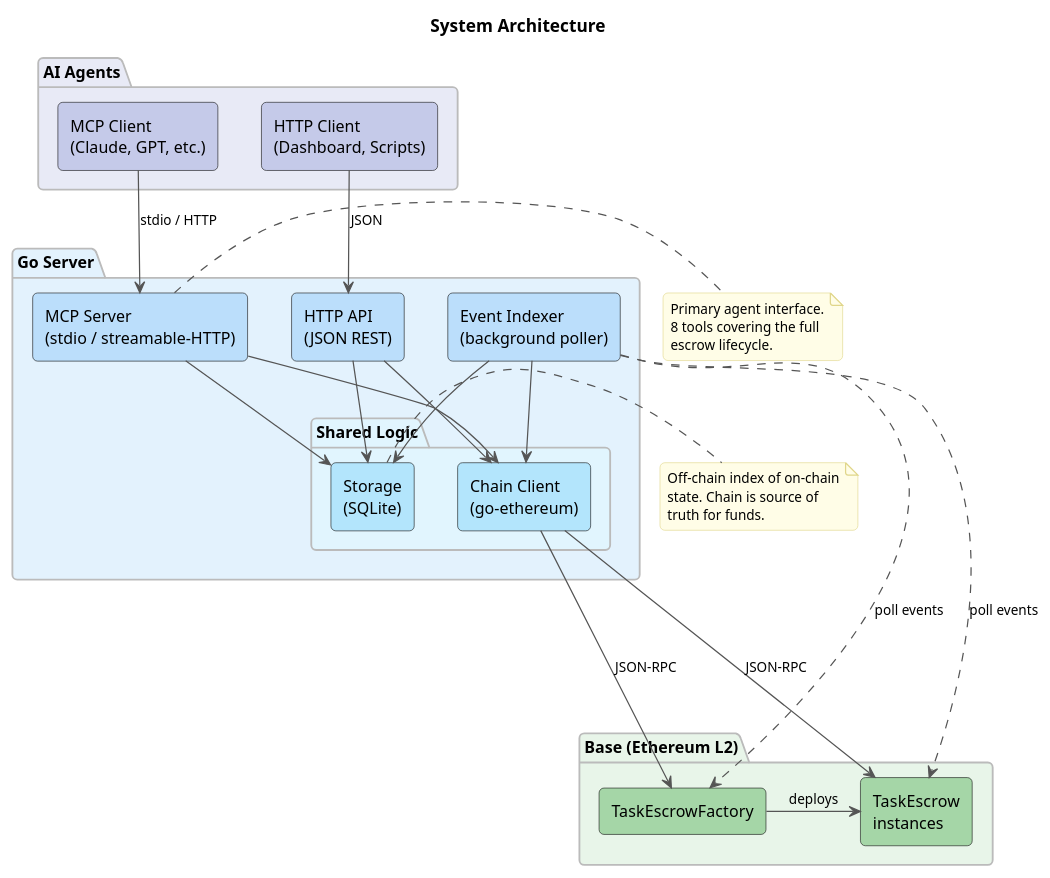
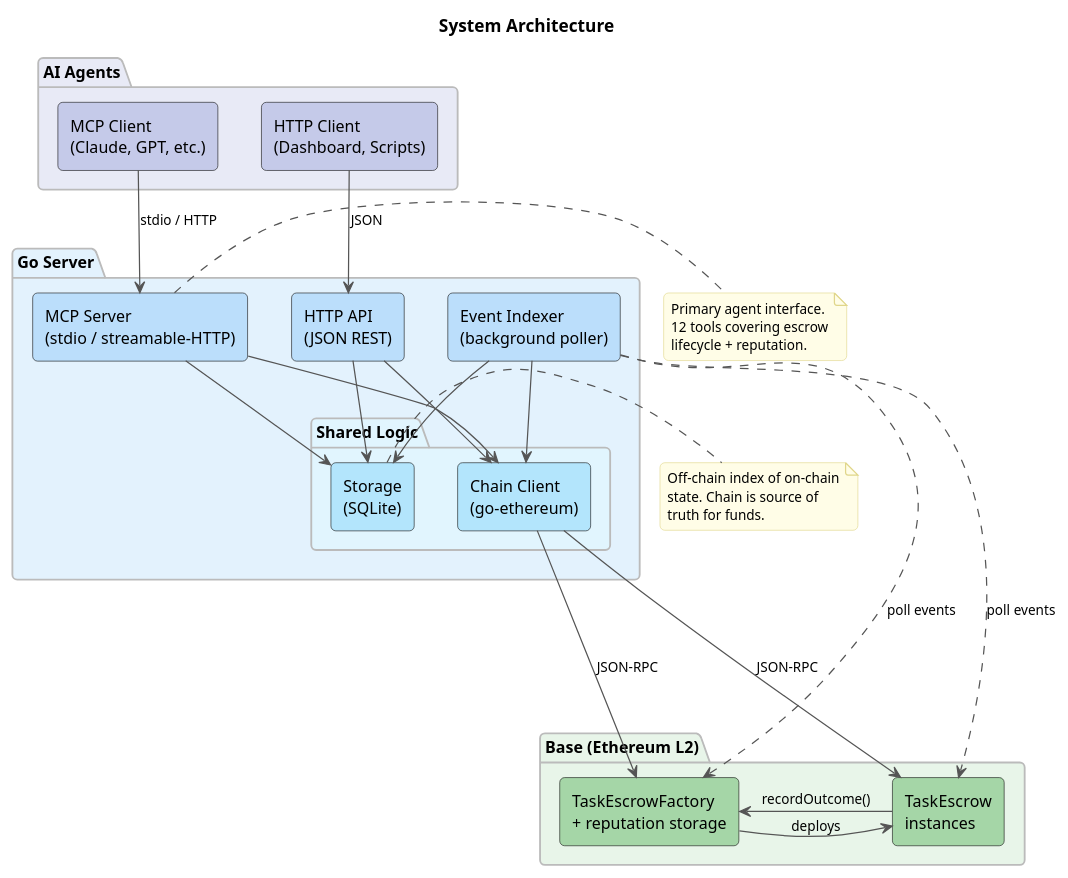
One commit to eddiefleurent/agent-escrow changed the diagram in docs/diagrams/architecture.puml. Above: the diagram before and after it, drawn with PlantUML. The commit also changed 17 other files, not shown here.

```diff
--- a/docs/diagrams/architecture.puml
+++ b/docs/diagrams/architecture.puml
@@ -1,73 +1,74 @@
 @startuml architecture
 skinparam backgroundColor #FFFFFF
 skinparam componentStyle rectangle
 skinparam defaultFontName "Helvetica"
 skinparam defaultFontSize 13
 skinparam shadowing false
 skinparam roundCorner 8
 skinparam ArrowColor #555555
 skinparam ArrowFontSize 11
 
 skinparam package {
   BorderColor #BBBBBB
   FontStyle bold
 }
 
 skinparam note {
   BackgroundColor #FFFDE7
   BorderColor #E0D68A
   FontSize 11
 }
 
 title System Architecture
 
 package "AI Agents" as agents #E8EAF6 {
   [MCP Client\n(Claude, GPT, etc.)] as mcp_client #C5CAE9
   [HTTP Client\n(Dashboard, Scripts)] as http_client #C5CAE9
 }
 
 package "Go Server" as server #E3F2FD {
   [MCP Server\n(stdio / streamable-HTTP)] as mcp_server #BBDEFB
   [HTTP API\n(JSON REST)] as http_api #BBDEFB
   [Event Indexer\n(background poller)] as indexer #BBDEFB
 
   package "Shared Logic" as shared #E1F5FE {
     [Chain Client\n(go-ethereum)] as chain_client #B3E5FC
     [Storage\n(SQLite)] as storage #B3E5FC
   }
 
   mcp_server -down-> chain_client
   mcp_server -down-> storage
   http_api -down-> chain_client
   http_api -down-> storage
   indexer -down-> chain_client
   indexer -down-> storage
 }
 
 package "Base (Ethereum L2)" as chain #E8F5E9 {
-  [TaskEscrowFactory] as factory #A5D6A7
+  [TaskEscrowFactory\n+ reputation storage] as factory #A5D6A7
   [TaskEscrow\ninstances] as escrow #A5D6A7
   factory -right-> escrow : deploys
+  escrow -left-> factory : recordOutcome()
 }
 
 mcp_client -down-> mcp_server : stdio / HTTP
 http_client -down-> http_api : JSON
 
 chain_client -down-> factory : JSON-RPC
 chain_client -down-> escrow : JSON-RPC
 indexer ..down..> factory : poll events
 indexer ..down..> escrow : poll events
 
 note right of mcp_server
   Primary agent interface.
-  8 tools covering the full
-  escrow lifecycle.
+  12 tools covering escrow
+  lifecycle + reputation.
 end note
 
 note right of storage
   Off-chain index of on-chain
   state. Chain is source of
   truth for funds.
 end note
 
 @enduml
```
